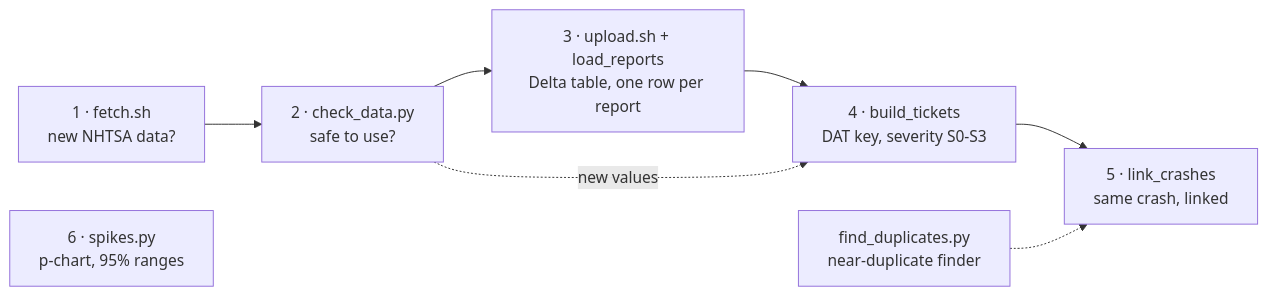
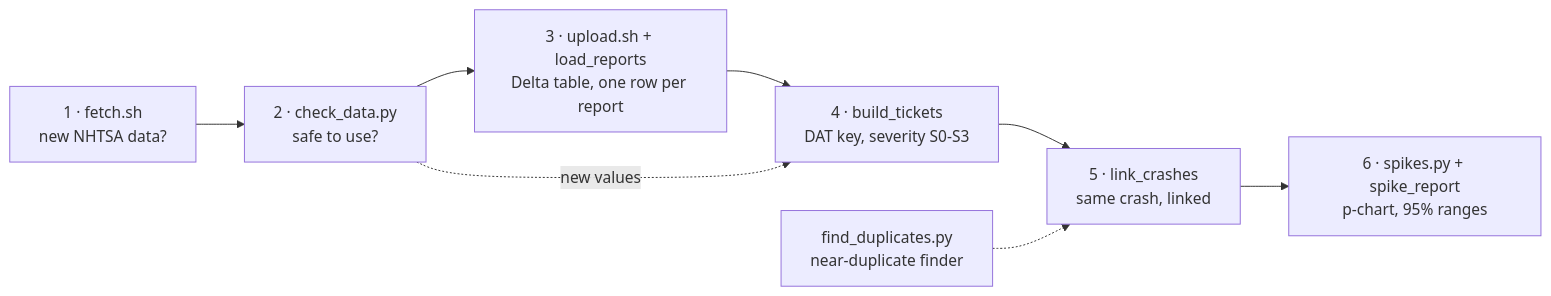
Before and after one commit to pouriaetab/triagepipeline: the diagram in README.md, drawn with Mermaid. The commit also changed other lines of this file and 1 other file, not shown here.

Commit message:
feat: spike report on Databricks, counted on crashes (#22)

````diff
--- a/README.md
+++ b/README.md
@@ -8,10 +8,10 @@
 ```mermaid
 flowchart LR
   A["1 · fetch.sh<br/>new NHTSA data?"] --> B["2 · check_data.py<br/>safe to use?"]
   B --> C["3 · upload.sh + load_reports<br/>Delta table, one row per report"]
   C --> D["4 · build_tickets<br/>DAT key, severity S0-S3"]
   D --> E["5 · link_crashes<br/>same crash, linked"]
   F["find_duplicates.py<br/>near-duplicate finder"] -.-> E
-  G["6 · spikes.py<br/>p-chart, 95% ranges"]
-  B -. "new values" .-> D
+  E --> G["6 · spikes.py + spike_report<br/>p-chart, 95% ranges"]
+    B -. "new values" .-> D
 ```
````
